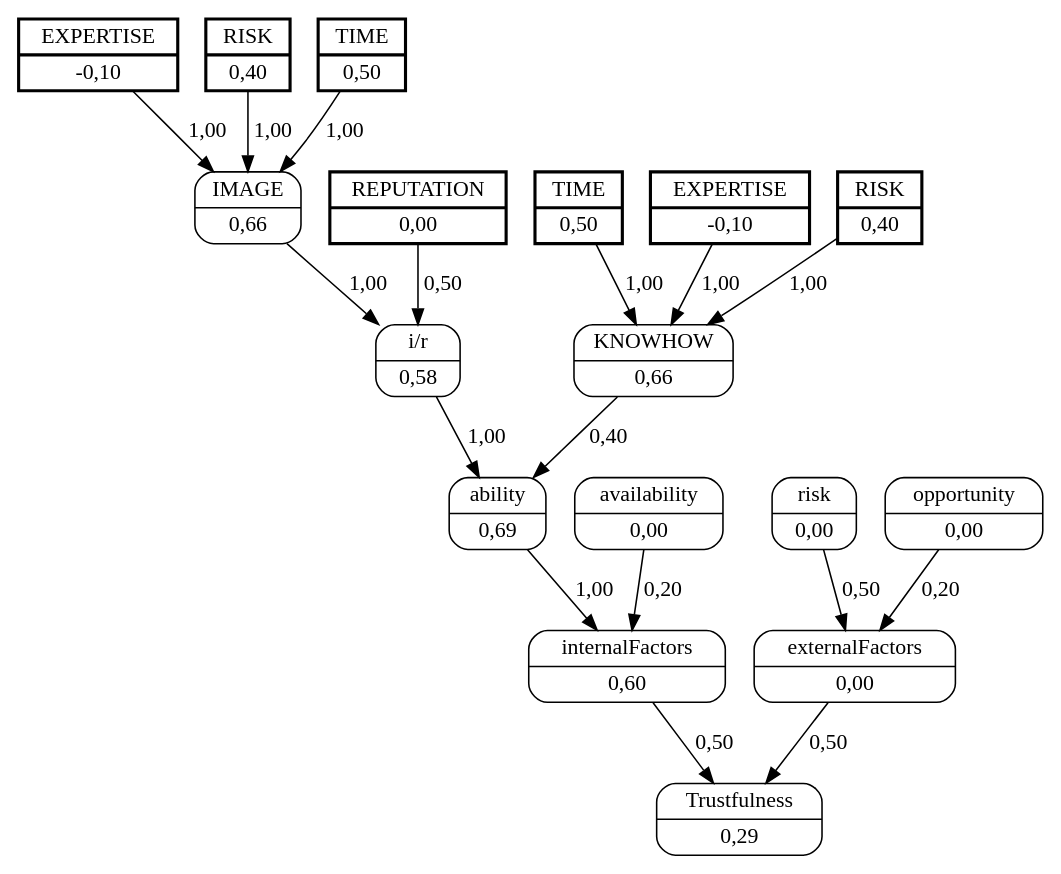
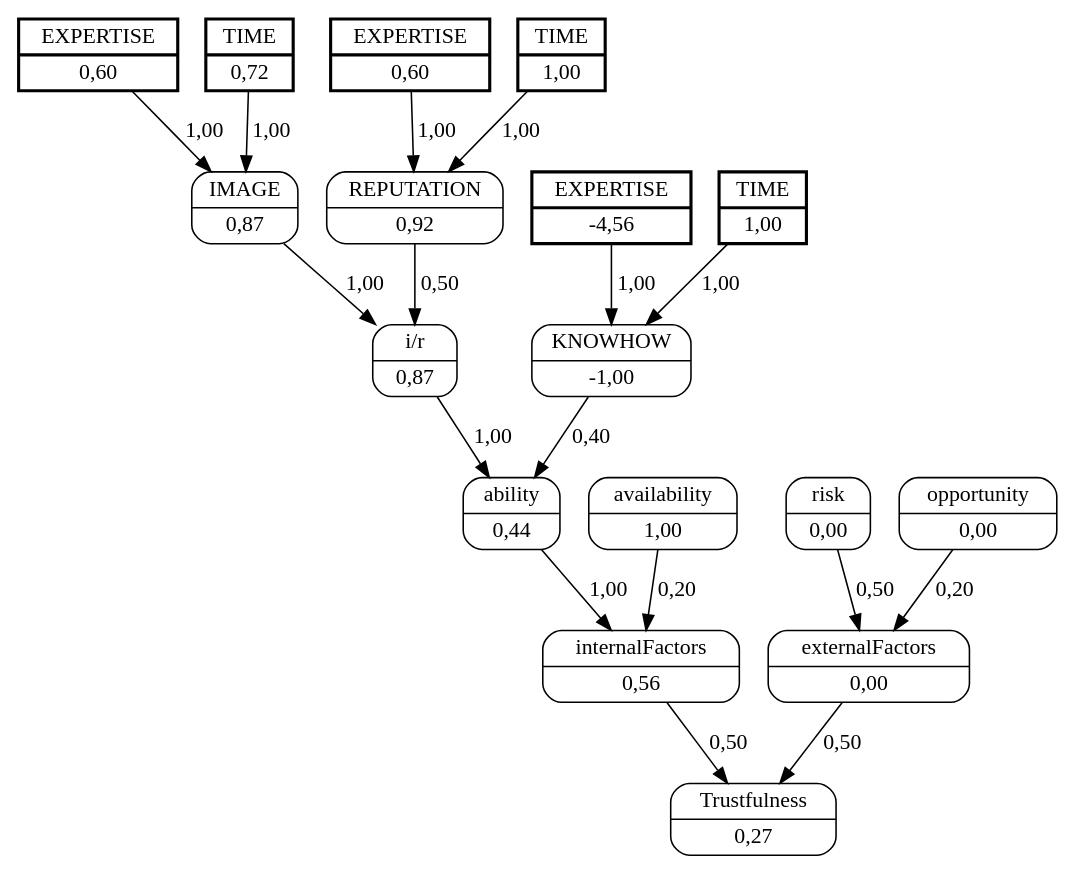
Before and after one commit to jjbaqueta/unload_experiment: the diagram in unload_boxes/dots/truck_9worker_1.dot, drawn with Graphviz. The commit also changed 50 other files, not shown here.

```diff
--- a/unload_boxes/dots/truck_9worker_1.dot
+++ b/unload_boxes/dots/truck_9worker_1.dot
@@ -1,39 +1,38 @@
 digraph FCM_net{
 	node [shape=record, style=rounded]
-	11 [label="{EXPERTISE | -0,10}", style=bold, penwidth=2, peripheries=2];
-	12 [label="{RISK | 0,40}", style=bold, penwidth=2, peripheries=2];
-	13 [label="{TIME | 0,50}", style=bold, penwidth=2, peripheries=2];
-	1 [label="{REPUTATION | 0,00}", style=bold, penwidth=2, peripheries=2];
-	14 [label="{EXPERTISE | -0,10}", style=bold, penwidth=2, peripheries=2];
-	15 [label="{RISK | 0,40}", style=bold, penwidth=2, peripheries=2];
-	16 [label="{TIME | 0,50}", style=bold, penwidth=2, peripheries=2];
-	0 [label="{IMAGE | 0,66}"];
-	2 [label="{KNOWHOW | 0,66}"];
-	3 [label="{i/r | 0,58}"];
-	4 [label="{ability | 0,69}"];
-	5 [label="{availability | 0,00}"];
-	6 [label="{internalFactors | 0,60}"];
+	11 [label="{EXPERTISE | 0,60}", style=bold, penwidth=2, peripheries=2];
+	12 [label="{TIME | 0,72}", style=bold, penwidth=2, peripheries=2];
+	13 [label="{EXPERTISE | 0,60}", style=bold, penwidth=2, peripheries=2];
+	14 [label="{TIME | 1,00}", style=bold, penwidth=2, peripheries=2];
+	15 [label="{EXPERTISE | -4,56}", style=bold, penwidth=2, peripheries=2];
+	16 [label="{TIME | 1,00}", style=bold, penwidth=2, peripheries=2];
+	0 [label="{IMAGE | 0,87}"];
+	1 [label="{REPUTATION | 0,92}"];
+	2 [label="{KNOWHOW | -1,00}"];
+	3 [label="{i/r | 0,87}"];
+	4 [label="{ability | 0,44}"];
+	5 [label="{availability | 1,00}"];
+	6 [label="{internalFactors | 0,56}"];
 	7 [label="{risk | 0,00}"];
 	8 [label="{opportunity | 0,00}"];
 	9 [label="{externalFactors | 0,00}"];
-	10 [label="{Trustfulness | 0,29}"];
-	11 [label="{EXPERTISE | -0,10}"];
-	13 [label="{TIME | 0,50}"];
-	14 [label="{EXPERTISE | -0,10}"];
+	10 [label="{Trustfulness | 0,27}"];
+	11 [label="{EXPERTISE | 0,60}"];
+	13 [label="{EXPERTISE | 0,60}"];
 	0 -> 3 [label = "1,00"];
 	1 -> 3 [label = "0,50"];
 	3 -> 4 [label = "1,00"];
 	2 -> 4 [label = "0,40"];
 	4 -> 6 [label = "1,00"];
 	5 -> 6 [label = "0,20"];
 	6 -> 10 [label = "0,50"];
 	7 -> 9 [label = "0,50"];
 	8 -> 9 [label = "0,20"];
 	9 -> 10 [label = "0,50"];
 	11 -> 0 [label = "1,00"];
 	12 -> 0 [label = "1,00"];
-	13 -> 0 [label = "1,00"];
-	14 -> 2 [label = "1,00"];
+	13 -> 1 [label = "1,00"];
+	14 -> 1 [label = "1,00"];
 	15 -> 2 [label = "1,00"];
 	16 -> 2 [label = "1,00"];
 }
```
